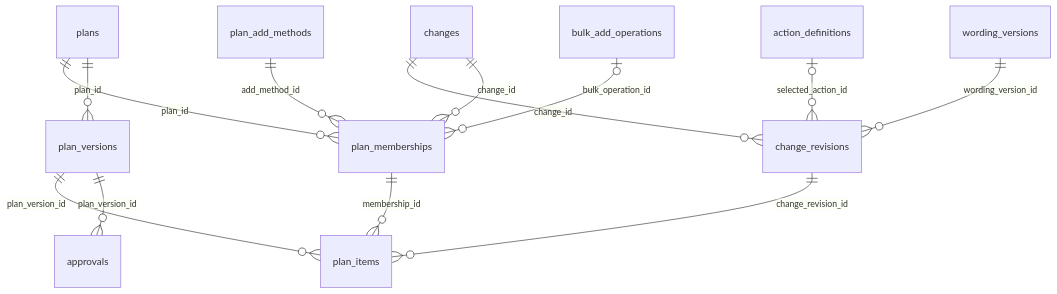
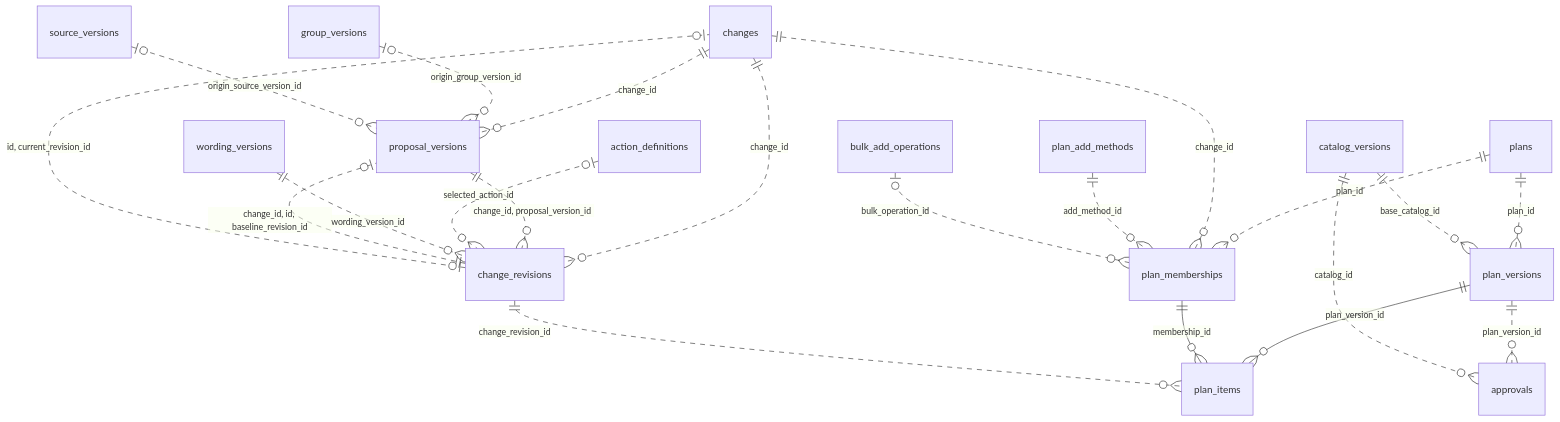
Before and after one commit to WodansSon/terraform-azurerm-ai-assisted-development: the fifth of 9 diagrams in hosted_copilot/docs/WORKBENCH_SQLITE_V1_DESIGN.md, drawn with Mermaid. The commit also changed other lines of this file and 85 other files, not shown here.

````diff
--- a/hosted_copilot/docs/WORKBENCH_SQLITE_V1_DESIGN.md
+++ b/hosted_copilot/docs/WORKBENCH_SQLITE_V1_DESIGN.md
@@ -881,15 +1774,23 @@
 ```mermaid
 erDiagram
-    changes ||--o{ change_revisions : change_id
-    action_definitions o|--o{ change_revisions : selected_action_id
-    wording_versions ||--o{ change_revisions : wording_version_id
-    plans ||--o{ plan_memberships : plan_id
-    changes ||--o{ plan_memberships : change_id
-    plan_add_methods ||--o{ plan_memberships : add_method_id
-    bulk_add_operations o|--o{ plan_memberships : bulk_operation_id
-    plans ||--o{ plan_versions : plan_id
-    plan_versions ||--o{ plan_items : plan_version_id
-    plan_memberships ||--o{ plan_items : membership_id
-    change_revisions ||--o{ plan_items : change_revision_id
-    plan_versions ||--o{ approvals : plan_version_id
+  changes ||..o{ proposal_versions : change_id
+  group_versions o|..o{ proposal_versions : origin_group_version_id
+  source_versions o|..o{ proposal_versions : origin_source_version_id
+  change_revisions ||..o| proposal_versions : "change_id, id, baseline_revision_id"
+  change_revisions o|..o| changes : "id, current_revision_id"
+  changes ||..o{ change_revisions : change_id
+  proposal_versions ||..o{ change_revisions : "change_id, proposal_version_id"
+  action_definitions o|..o{ change_revisions : selected_action_id
+  wording_versions ||..o{ change_revisions : wording_version_id
+  plans ||..o{ plan_memberships : plan_id
+  changes ||..o{ plan_memberships : change_id
+  plan_add_methods ||..o{ plan_memberships : add_method_id
+  bulk_add_operations o|..o{ plan_memberships : bulk_operation_id
+  plans ||..o{ plan_versions : plan_id
+  catalog_versions ||..o{ plan_versions : base_catalog_id
+  plan_versions ||--o{ plan_items : plan_version_id
+  plan_memberships ||--o{ plan_items : membership_id
+  change_revisions ||..o{ plan_items : change_revision_id
+  plan_versions ||..o{ approvals : plan_version_id
+  catalog_versions ||..o{ approvals : catalog_id
 ```
````
